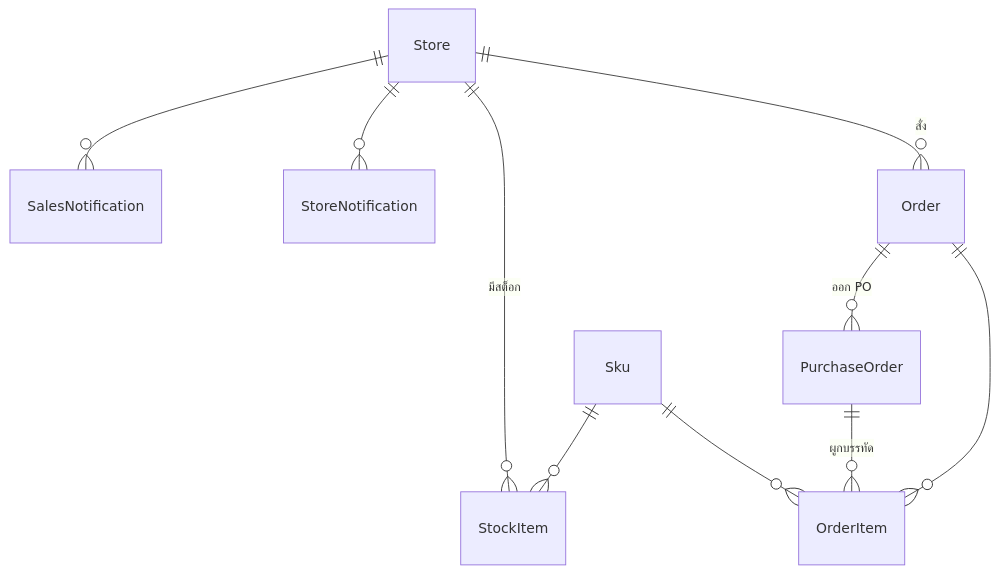
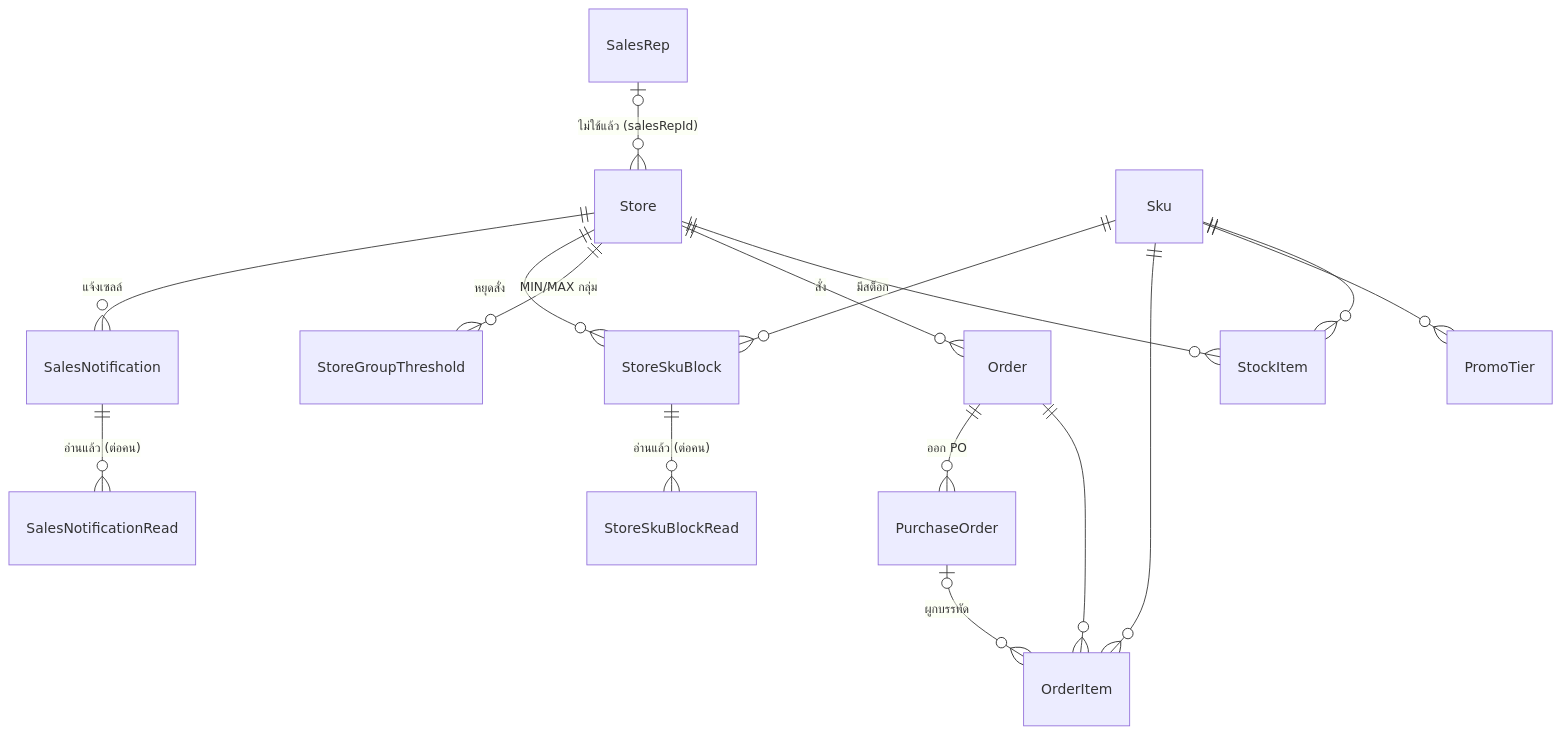
One commit to jintanabp/VMI changed the diagram in docs/wiki/07-data-model.md. Above: the diagram before and after it, drawn with Mermaid. The commit also changed other lines of this file and 37 other files, not shown here.

````diff
--- a/docs/wiki/07-data-model.md
+++ b/docs/wiki/07-data-model.md
@@ -10,12 +12,18 @@
 ```mermaid
 erDiagram
+    SalesRep |o--o{ Store : "ไม่ใช้แล้ว (salesRepId)"
+    Store ||--o{ StockItem : "มีสต็อก"
     Store ||--o{ Order : "สั่ง"
-    Store ||--o{ StockItem : "มีสต็อก"
-    Store ||--o{ StoreNotification : ""
-    Store ||--o{ SalesNotification : ""
+    Store ||--o{ StoreGroupThreshold : "MIN/MAX กลุ่ม"
+    Store ||--o{ StoreSkuBlock : "หยุดสั่ง"
+    Store ||--o{ SalesNotification : "แจ้งเซลล์"
+    Sku ||--o{ StockItem : ""
+    Sku ||--o{ PromoTier : ""
+    Sku ||--o{ OrderItem : ""
+    Sku ||--o{ StoreSkuBlock : ""
     Order ||--o{ OrderItem : ""
     Order ||--o{ PurchaseOrder : "ออก PO"
-    PurchaseOrder ||--o{ OrderItem : "ผูกบรรทัด"
-    Sku ||--o{ OrderItem : ""
-    Sku ||--o{ StockItem : ""
+    PurchaseOrder |o--o{ OrderItem : "ผูกบรรทัด"
+    SalesNotification ||--o{ SalesNotificationRead : "อ่านแล้ว (ต่อคน)"
+    StoreSkuBlock ||--o{ StoreSkuBlockRead : "อ่านแล้ว (ต่อคน)"
 ```
````
